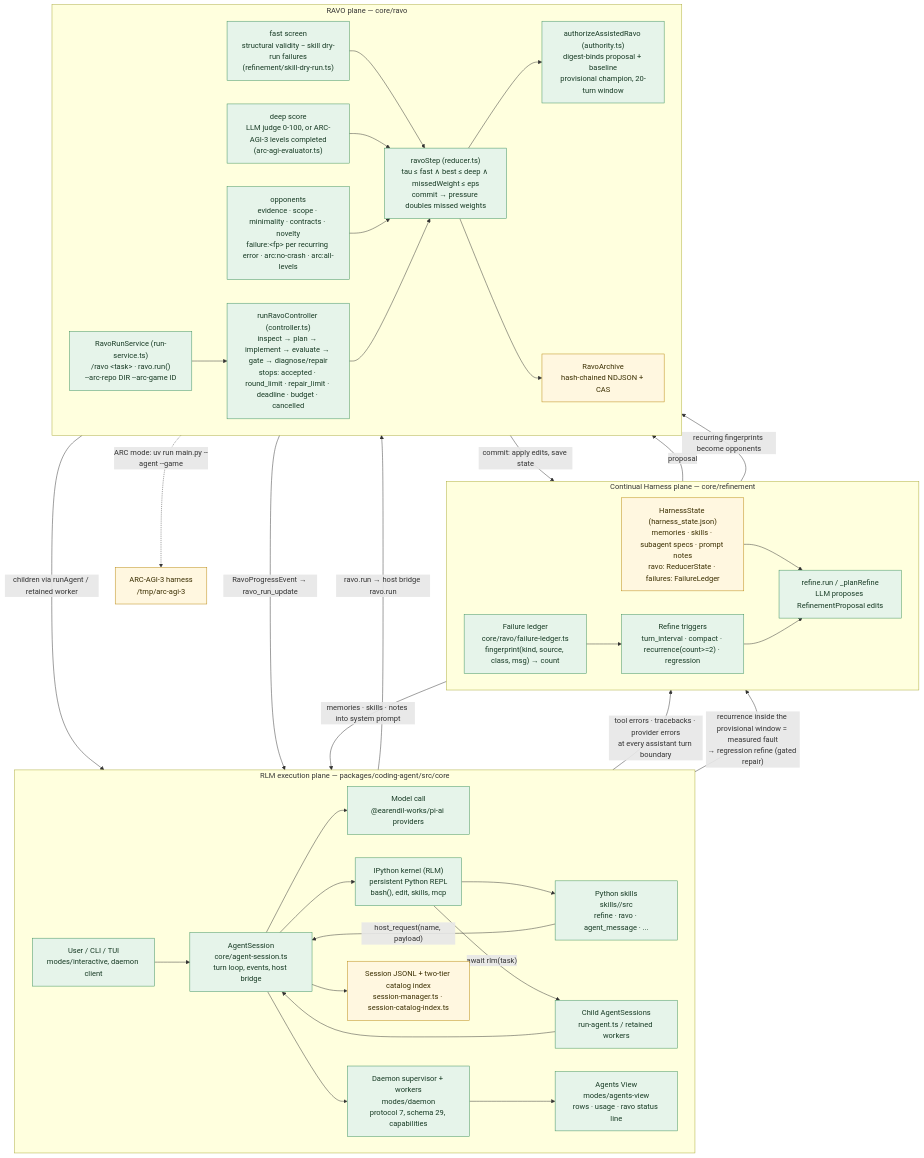
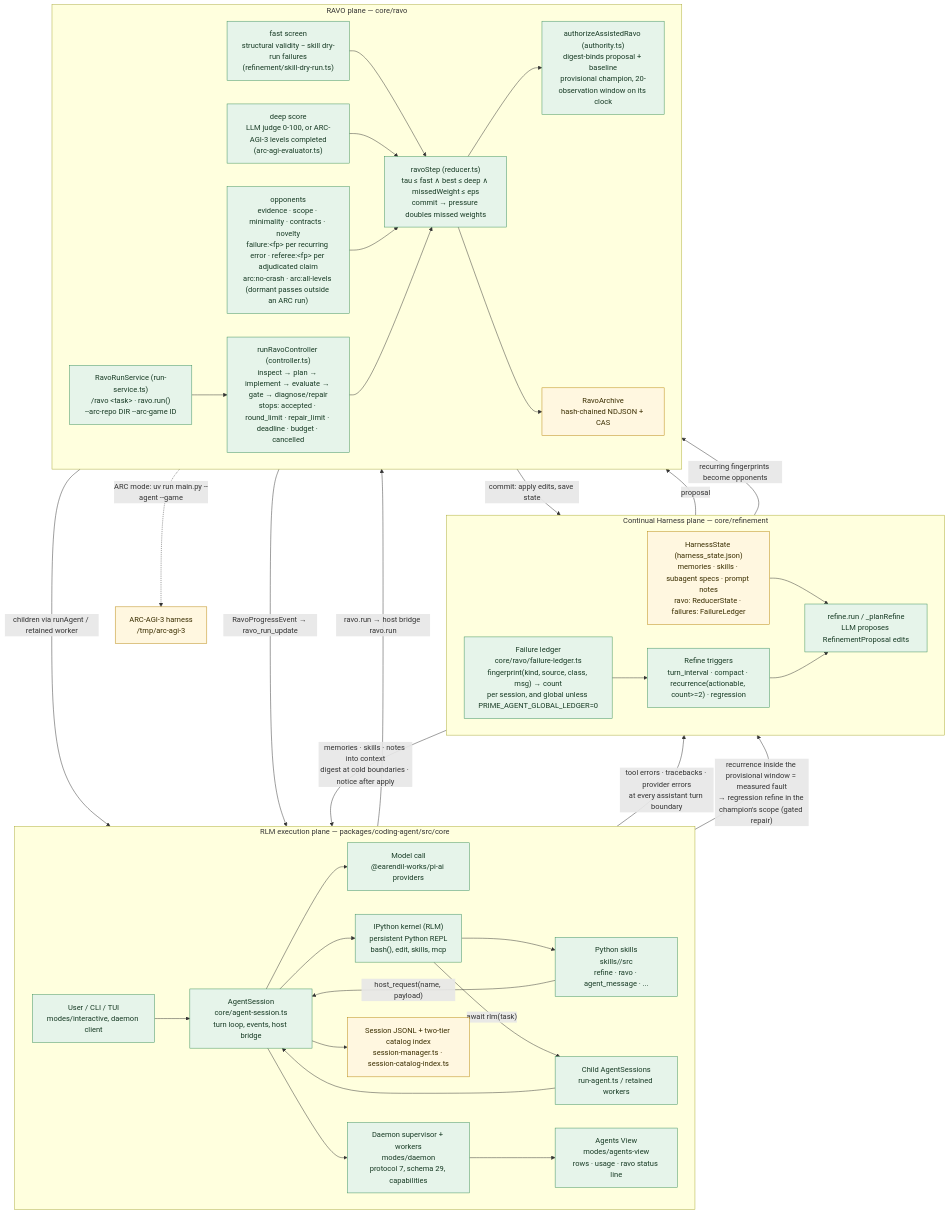
One commit to coleleavitt/prime-agent changed the second of 4 diagrams in packages/coding-agent/docs/ravo-architecture.md. Above: the diagram before and after it, drawn with Mermaid. The commit also changed other lines of this file and 164 other files, not shown here.

````diff
--- a/packages/coding-agent/docs/ravo-architecture.md
+++ b/packages/coding-agent/docs/ravo-architecture.md
@@ -57,62 +57,62 @@
 ```mermaid
 %% Prime Agent architecture as of fix/forkserver-probe-hardening (2026-09-09).
 %% Three planes: RLM execution (what runs), Continual Harness (what is learned), RAVO (how learning is gated).
 flowchart TB
   subgraph RLM["RLM execution plane — packages/coding-agent/src/core"]
     direction LR
     USER["User / CLI / TUI<br/>modes/interactive, daemon client"] --> AS["AgentSession<br/>core/agent-session.ts<br/>turn loop, events, host bridge"]
     AS --> MODEL["Model call<br/>@earendil-works/pi-ai providers"]
     AS --> KERNEL["IPython kernel (RLM)<br/>persistent Python REPL<br/>bash(), edit, skills, mcp"]
     KERNEL --> SKILLS["Python skills<br/>skills/<name>/src<br/>refine · ravo · agent_message · ..."]
     SKILLS -->|"host_request(name, payload)"| AS
     KERNEL -->|"await rlm(task)"| CHILD["Child AgentSessions<br/>run-agent.ts / retained workers"]
     CHILD --> AS
     AS --> DAEMON["Daemon supervisor + workers<br/>modes/daemon<br/>protocol 7, schema 29, capabilities"]
     DAEMON --> VIEW["Agents View<br/>modes/agents-view<br/>rows · usage · ravo status line"]
     AS --> SESS["Session JSONL + two-tier catalog index<br/>session-manager.ts · session-catalog-index.ts"]
   end
 
   subgraph HARNESS["Continual Harness plane — core/refinement"]
     direction LR
     HS["HarnessState (harness_state.json)<br/>memories · skills · subagent specs · prompt notes<br/>ravo: ReducerState · failures: FailureLedger"]
-    LEDGER["Failure ledger<br/>core/ravo/failure-ledger.ts<br/>fingerprint(kind, source, class, msg) → count"]
-    TRIG["Refine triggers<br/>turn_interval · compact · recurrence(count>=2) · regression"]
+    LEDGER["Failure ledger<br/>core/ravo/failure-ledger.ts<br/>fingerprint(kind, source, class, msg) → count<br/>per session, and global unless PRIME_AGENT_GLOBAL_LEDGER=0"]
+    TRIG["Refine triggers<br/>turn_interval · compact · recurrence(actionable, count>=2) · regression"]
     PROP["refine.run / _planRefine<br/>LLM proposes RefinementProposal edits"]
     HS --> PROP
     LEDGER --> TRIG --> PROP
   end
 
   subgraph RAVO["RAVO plane — core/ravo"]
     direction LR
     FAST["fast screen<br/>structural validity − skill dry-run failures<br/>(refinement/skill-dry-run.ts)"]
     DEEP["deep score<br/>LLM judge 0-100, or ARC-AGI-3 levels completed<br/>(arc-agi-evaluator.ts)"]
-    OPP["opponents<br/>evidence · scope · minimality · contracts · novelty<br/>failure:&lt;fp&gt; per recurring error · arc:no-crash · arc:all-levels"]
+    OPP["opponents<br/>evidence · scope · minimality · contracts · novelty<br/>failure:&lt;fp&gt; per recurring error · referee:&lt;fp&gt; per adjudicated claim<br/>arc:no-crash · arc:all-levels (dormant passes outside an ARC run)"]
     STEP["ravoStep (reducer.ts)<br/>tau ≤ fast ∧ best ≤ deep ∧ missedWeight ≤ eps<br/>commit → pressure doubles missed weights"]
-    AUTH["authorizeAssistedRavo (authority.ts)<br/>digest-binds proposal + baseline<br/>provisional champion, 20-turn window"]
+    AUTH["authorizeAssistedRavo (authority.ts)<br/>digest-binds proposal + baseline<br/>provisional champion, 20-observation window on its clock"]
     CTRL["runRavoController (controller.ts)<br/>inspect → plan → implement → evaluate → gate → diagnose/repair<br/>stops: accepted · round_limit · repair_limit · deadline · budget · cancelled"]
     SVC["RavoRunService (run-service.ts)<br/>/ravo &lt;task&gt; · ravo.run()<br/>--arc-repo DIR --arc-game ID"]
     ARCH["RavoArchive<br/>hash-chained NDJSON + CAS"]
     FAST --> STEP
     DEEP --> STEP
     OPP --> STEP
     STEP --> AUTH
     SVC --> CTRL --> STEP
     STEP --> ARCH
   end
 
   AS -->|"tool errors · tracebacks · provider errors<br/>at every assistant turn boundary"| LEDGER
   PROP -->|"proposal"| FAST
   AUTH -->|"commit: apply edits, save state"| HS
-  HS -->|"memories · skills · notes into system prompt"| AS
+  HS -->|"memories · skills · notes into context<br/>digest at cold boundaries · notice after apply"| AS
   LEDGER -->|"recurring fingerprints become opponents"| OPP
-  AS -->|"recurrence inside the provisional window = measured fault<br/>→ regression refine (gated repair)"| TRIG
+  AS -->|"recurrence inside the provisional window = measured fault<br/>→ regression refine in the champion's scope (gated repair)"| TRIG
   SKILLS -->|"ravo.run → host bridge ravo.run"| SVC
   CTRL -->|"children via runAgent / retained worker"| CHILD
   CTRL -->|"RavoProgressEvent → ravo_run_update"| DAEMON
   DEEP -.->|"ARC mode: uv run main.py --agent --game"| ARC["ARC-AGI-3 harness<br/>/tmp/arc-agi-3"]
 
   classDef live fill:#e6f4ea,stroke:#3a8f5a,color:#173a24;
   classDef store fill:#fff7e0,stroke:#b8860b,color:#3a2e00;
   class USER,AS,MODEL,KERNEL,SKILLS,CHILD,DAEMON,VIEW,LEDGER,TRIG,PROP,FAST,DEEP,OPP,STEP,AUTH,CTRL,SVC live;
   class HS,SESS,ARCH,ARC store;
 ```
````
